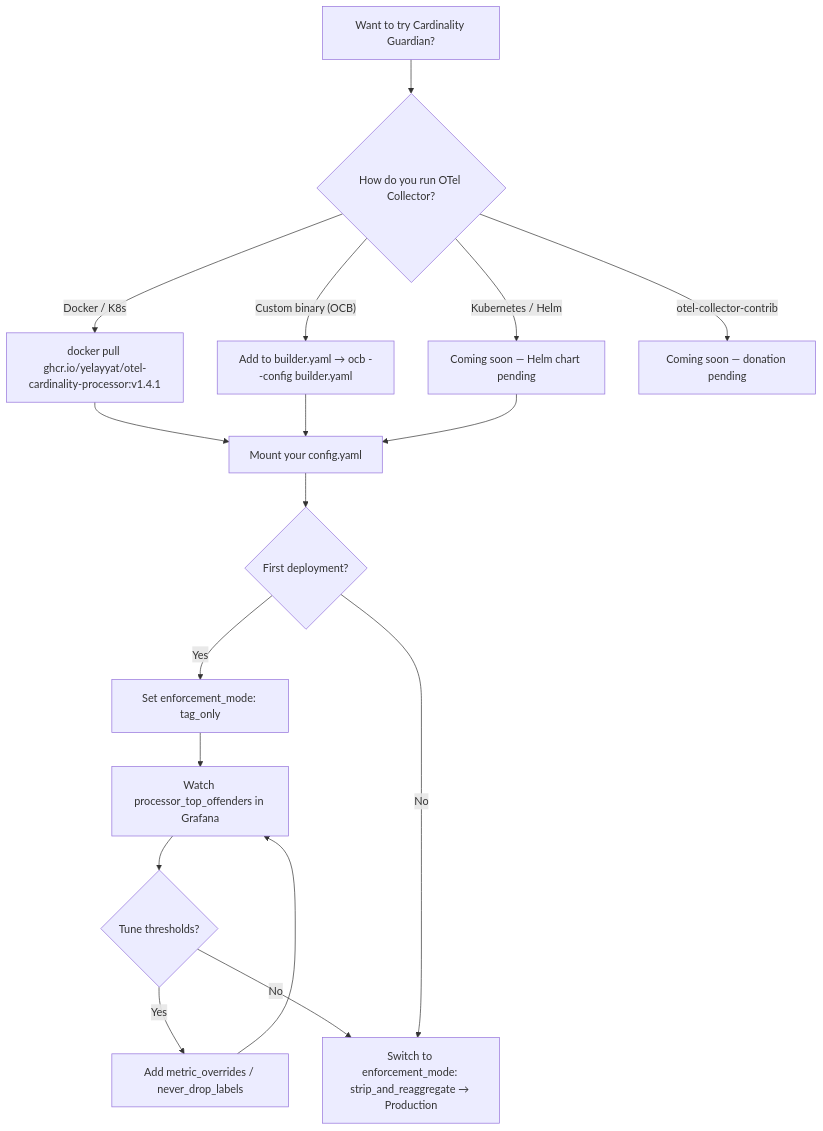
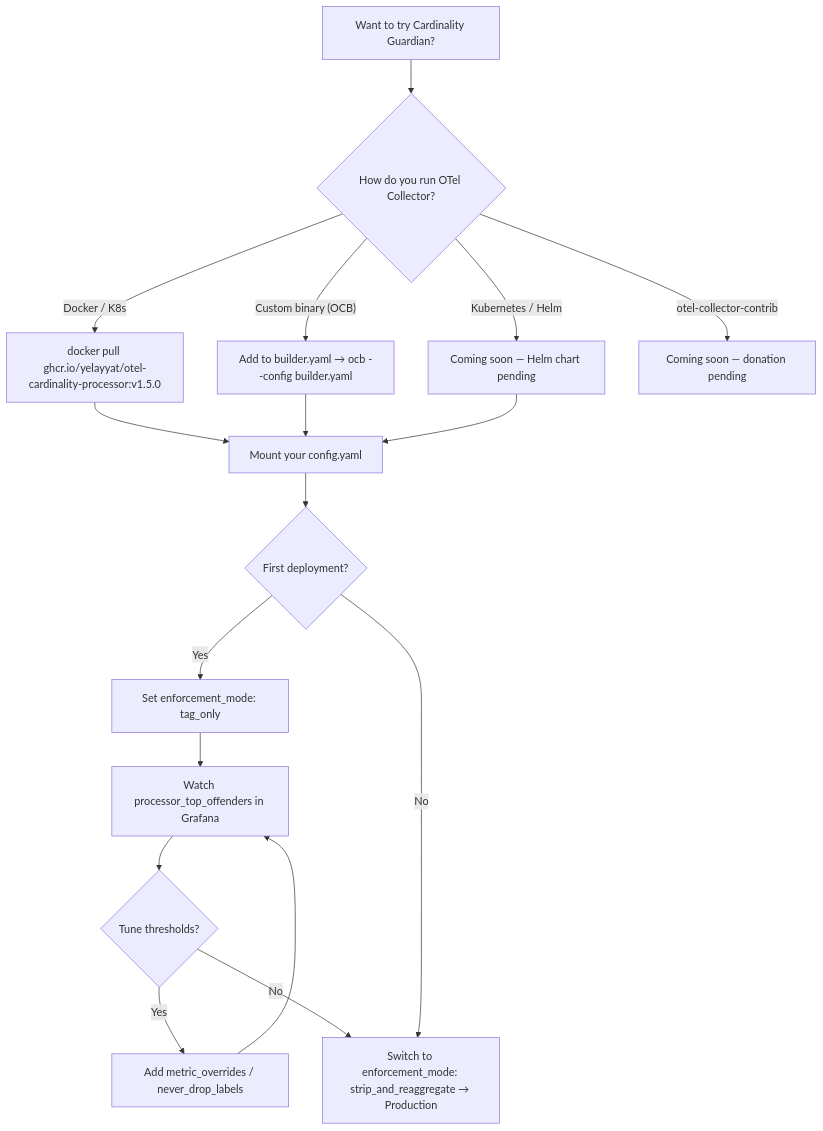
The second of 2 diagrams in README.md (YElayyat/otel-cardinality-processor), drawn with Mermaid before and after one commit. The commit also changed other lines of this file and 2 other files, not shown here.

````diff
--- a/README.md
+++ b/README.md
@@ -178,19 +178,19 @@
 ```mermaid
 flowchart TD
     A[Want to try Cardinality Guardian?] --> B{How do you run OTel Collector?}
-    B -- "Docker / K8s" --> C["docker pull ghcr.io/yelayyat/otel-cardinality-processor:v1.4.1"]
+    B -- "Docker / K8s" --> C["docker pull ghcr.io/yelayyat/otel-cardinality-processor:v1.5.0"]
     B -- "Kubernetes / Helm" --> M["Coming soon — Helm chart pending"]
     B -- "Custom binary (OCB)" --> D[Add to builder.yaml → ocb --config builder.yaml]
     B -- "otel-collector-contrib" --> E["Coming soon — donation pending"]
     C --> F[Mount your config.yaml]
     D --> F
     M --> F
     F --> G{First deployment?}
     G -- Yes --> H["Set enforcement_mode: tag_only"]
     H --> I[Watch processor_top_offenders in Grafana]
     I --> J{Tune thresholds?}
     J -- Yes --> K[Add metric_overrides / never_drop_labels]
     K --> I
     J -- No --> L["Switch to enforcement_mode: strip_and_reaggregate → Production"]
     G -- No --> L
 ```
````
